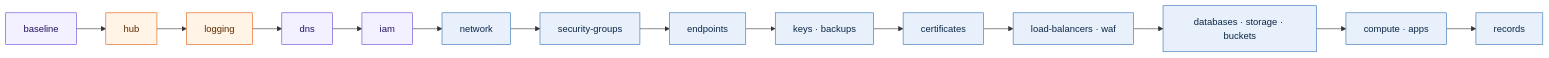
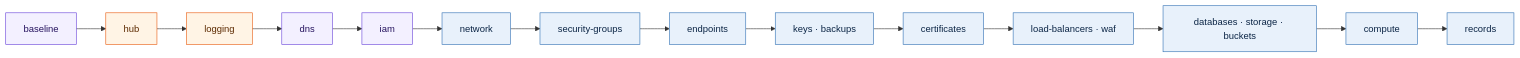
The fifth of 5 diagrams in README.md (justin-samuel12/terraform-aws-scaffold), drawn with Mermaid before and after one commit. The commit also changed other lines of this file and 440 other files, not shown here.

````diff
--- a/README.md
+++ b/README.md
@@ -216,14 +135,14 @@
 ```mermaid
 flowchart LR
   base["baseline"] --> hub["hub"] --> log["logging"] --> dns["dns"] --> iam["iam"]
   iam --> net["network"] --> sg["security-groups"] --> ep["endpoints"]
   ep --> keys["keys · backups"] --> cert["certificates"] --> lb["load-balancers · waf"]
-  lb --> data["databases · storage · buckets"] --> run["compute · apps"] --> rec["records"]
+  lb --> data["databases · storage · buckets"] --> comp["compute"] --> rec["records"]
 
   classDef g fill:#f3f0ff,stroke:#6741d9,color:#25125e
   classDef s fill:#fff4e5,stroke:#e8590c,color:#5c2a00
   classDef e fill:#e8f1fb,stroke:#2f6fb3,color:#0b2545
   class base,dns,iam g
   class hub,log s
-  class net,sg,ep,keys,cert,lb,data,run,rec e
+  class net,sg,ep,keys,cert,lb,data,comp,rec e
 ```
````
